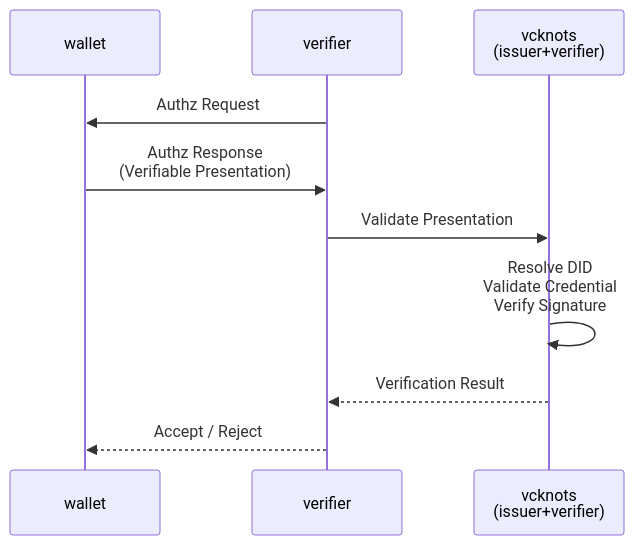
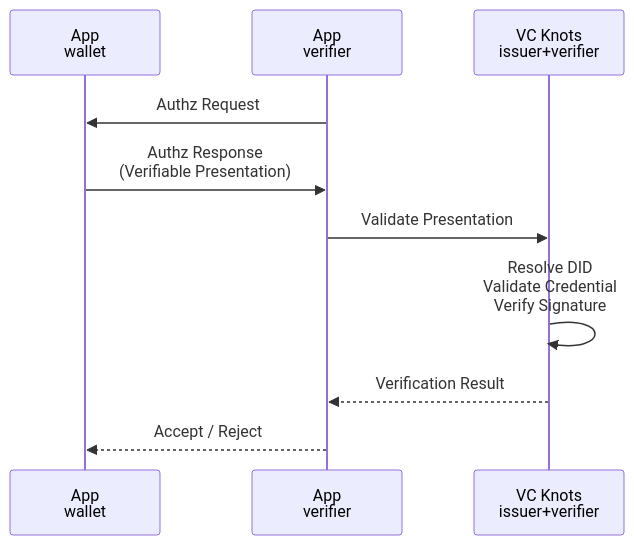
Before and after one commit to trustknots/vcknots: the second of 2 diagrams in docs/i18n/ja/docusaurus-plugin-content-docs/current/architecture-overview.md, drawn with Mermaid. The commit also changed other lines of this file and 2 other files, not shown here.

Commit message:
docs(architecture-overview): change overview chart to drawio

````diff
--- a/docs/i18n/ja/docusaurus-plugin-content-docs/current/architecture-overview.md
+++ b/docs/i18n/ja/docusaurus-plugin-content-docs/current/architecture-overview.md
@@ -192,19 +102,19 @@
 ```mermaid
 sequenceDiagram
 
-    participant wallet
-    participant verifier
-    participant vcknots as vcknots<br/>(issuer+verifier)
+    participant wallet as App<br/>wallet
+    participant verifier as App<br/>verifier
+    participant vcknots as VC Knots<br/>issuer+verifier
 
     verifier->>wallet: Authz Request
 
     wallet->>verifier: Authz Response<br/>(Verifiable Presentation)
 
     verifier->>vcknots: Validate Presentation
 
     vcknots->>vcknots: Resolve DID<br/>Validate Credential<br/>Verify Signature
 
     vcknots-->>verifier: Verification Result
 
     verifier-->>wallet: Accept / Reject
 ```
````
